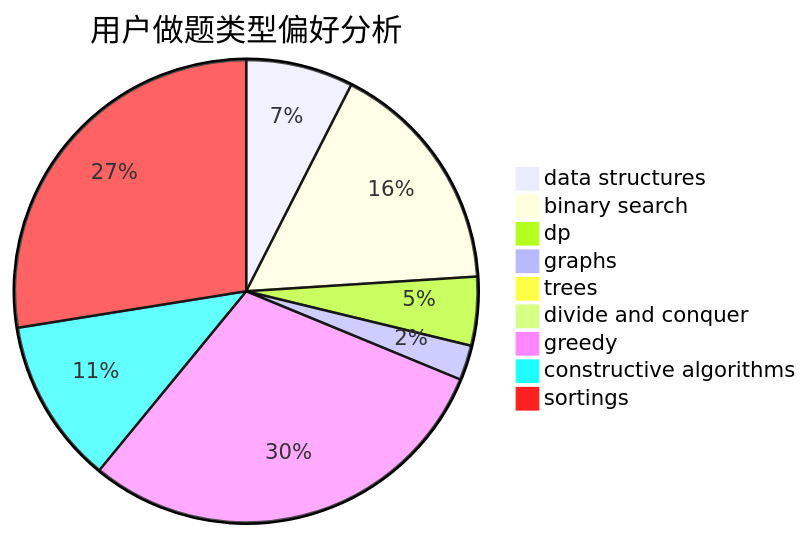
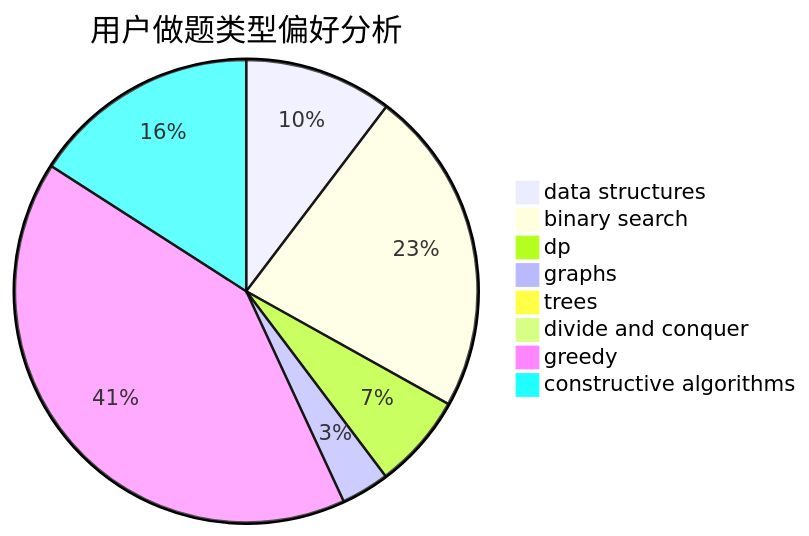
The second of 3 diagrams in docs/user/u94.md (sherpahu/cfrs.github.io), drawn with Mermaid before and after one commit. The commit also changed other lines of this file and 2769 other files, not shown here.

````diff
--- a/docs/user/u94.md
+++ b/docs/user/u94.md
@@ -18,12 +18,11 @@
 ```mermaid
 pie title 用户做题类型偏好分析
     "data structures" :  89
     "binary search" :  196
     "dp" :  57
     "graphs" :  29
     "trees" :  4
     "divide and conquer" :  0
     "greedy" :  353
     "constructive algorithms" :  137
-    "sortings" :  327
 ```
````
